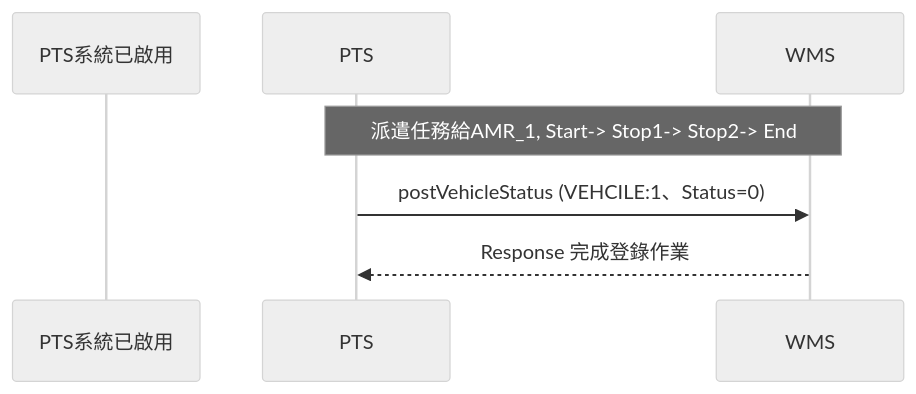
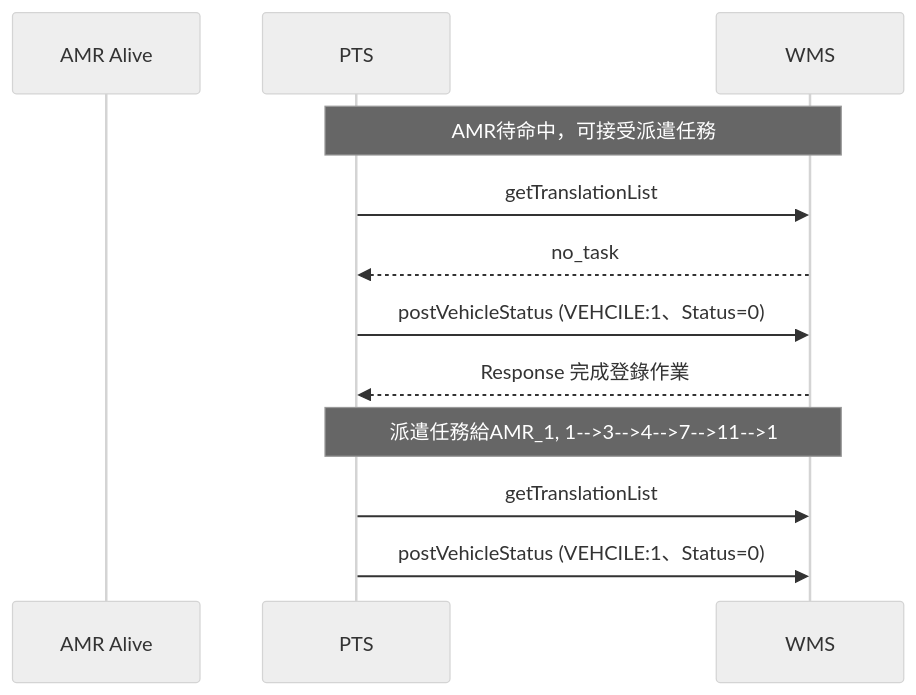
Before and after one commit to athena-tircgo/amr-wms-lsj: the sixth of 6 diagrams in README.md, drawn with Mermaid (neutral theme).

````diff
--- a/README.md
+++ b/README.md
@@ -340,12 +340,17 @@
 ```mermaid
 sequenceDiagram
-    participant PTS系統已啟用
+    participant AMR Alive
     participant PTS
     participant WMS
 
-note over PTS,WMS: 派遣任務給AMR_1, Start-> Stop1-> Stop2-> End 
+note over PTS,WMS: AMR待命中，可接受派遣任務
+        PTS->>WMS: getTranslationList
+        WMS-->>PTS: no_task
         PTS->>WMS: postVehicleStatus (VEHCILE:1、Status=0)
         WMS-->>PTS: Response 完成登錄作業
-
+        
+note over PTS,WMS: 派遣任務給AMR_1, 1-->3-->4-->7-->11-->1
+     PTS->>WMS: getTranslationList
+     PTS->>WMS: postVehicleStatus (VEHCILE:1、Status=0)
 
 ```
````
